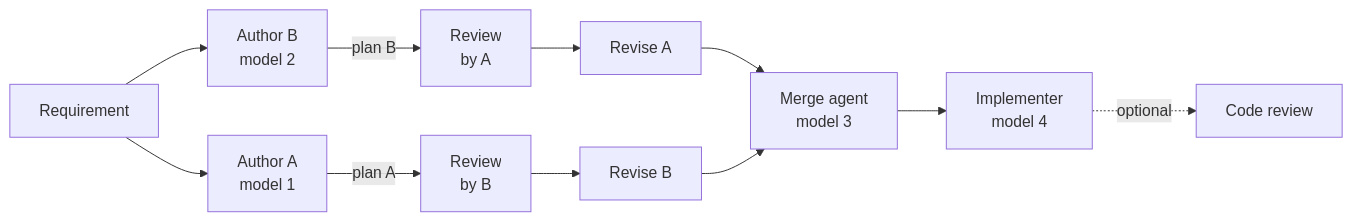
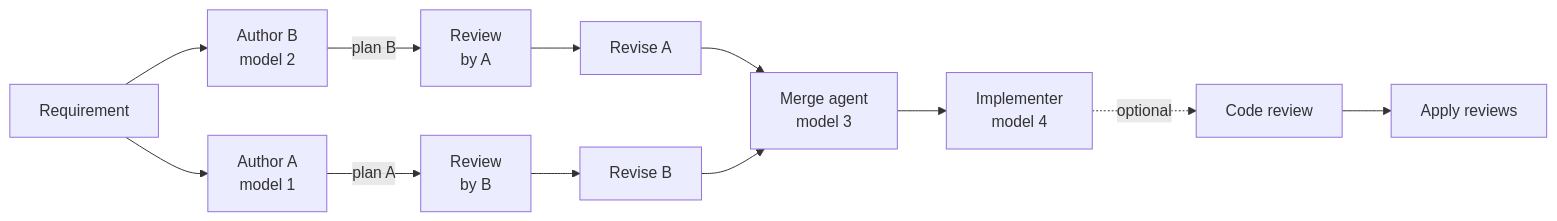
One commit to felippeoka/f5 changed the first of 2 diagrams in README.md. Above: the diagram before and after it, drawn with Mermaid. The commit also changed other lines of this file and 43 other files, not shown here.

````diff
--- a/README.md
+++ b/README.md
@@ -48,13 +56,13 @@
 ```mermaid
 flowchart LR
     Req[Requirement] --> A[Author A<br/>model 1]
     Req --> B[Author B<br/>model 2]
     A -->|plan A| RB[Review<br/>by B]
     B -->|plan B| RA[Review<br/>by A]
     RA --> A2[Revise A]
     RB --> B2[Revise B]
     A2 --> M[Merge agent<br/>model 3]
     B2 --> M
     M --> I[Implementer<br/>model 4]
-    I -. optional .-> CR[Code review]
+    I -. optional .-> CR[Code review] --> AR[Apply reviews]
 ```
````
